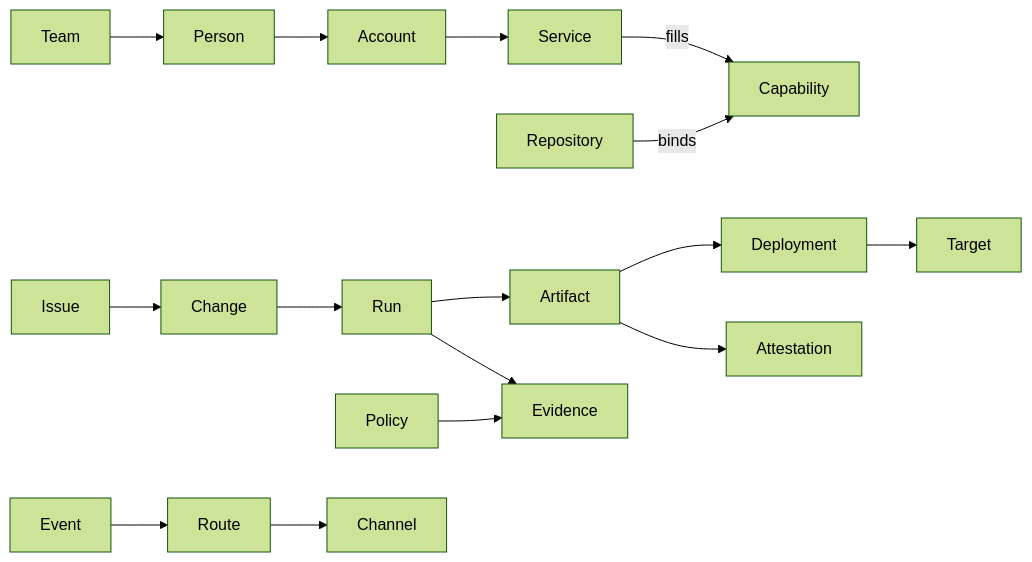
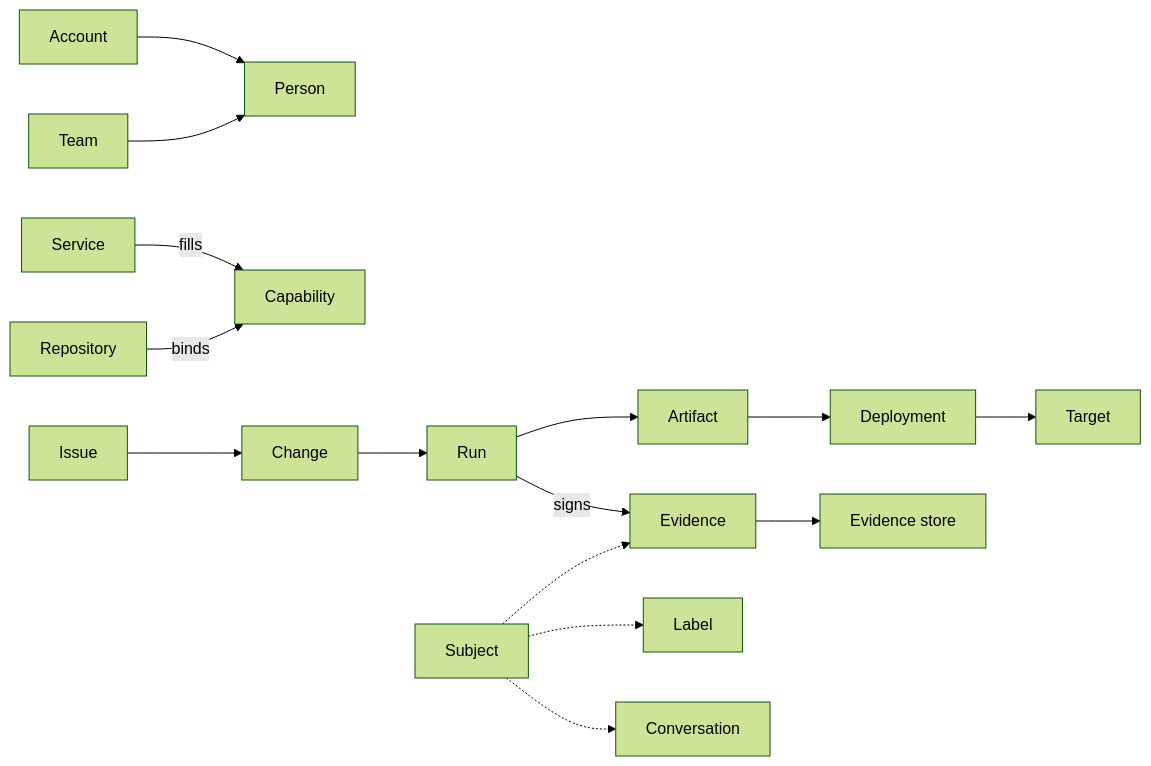
One commit to empowerite/kit changed the diagram in docs/superpowers/specs/2026-11-09-entities-design.md. Above: the diagram before and after it, drawn with Mermaid (forest theme). The commit also changed other lines of this file, not shown here.

Commit message:
#135 docs: kit's entities: platform as the word, owner and reach for configuration, identity as a seam, two-way conversations, evidence signed in CI, and what the first release settles

````diff
--- a/docs/superpowers/specs/2026-11-09-entities-design.md
+++ b/docs/superpowers/specs/2026-11-09-entities-design.md
@@ -70,12 +79,13 @@
 ```mermaid
 flowchart LR
-  Person --> Account --> Service
+  Account --> Person
   Team --> Person
   Service -- fills --> Capability
   Repository -- binds --> Capability
   Issue --> Change --> Run --> Artifact --> Deployment --> Target
-  Run --> Evidence
-  Artifact --> Attestation
-  Policy --> Evidence
-  Event --> Route --> Channel
+  Run -- signs --> Evidence
+  Evidence --> Store[Evidence store]
+  Subject -.-> Label
+  Subject -.-> Conversation
+  Subject -.-> Evidence
 ```
````
